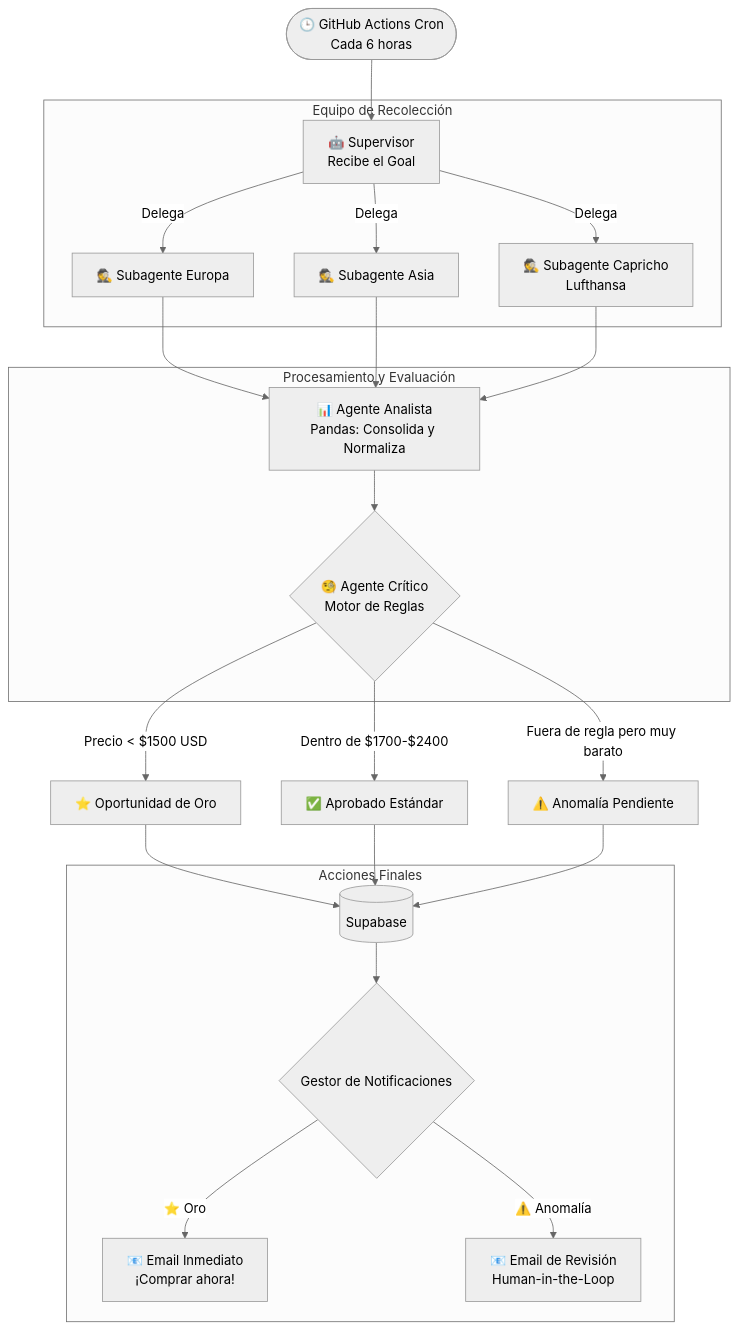
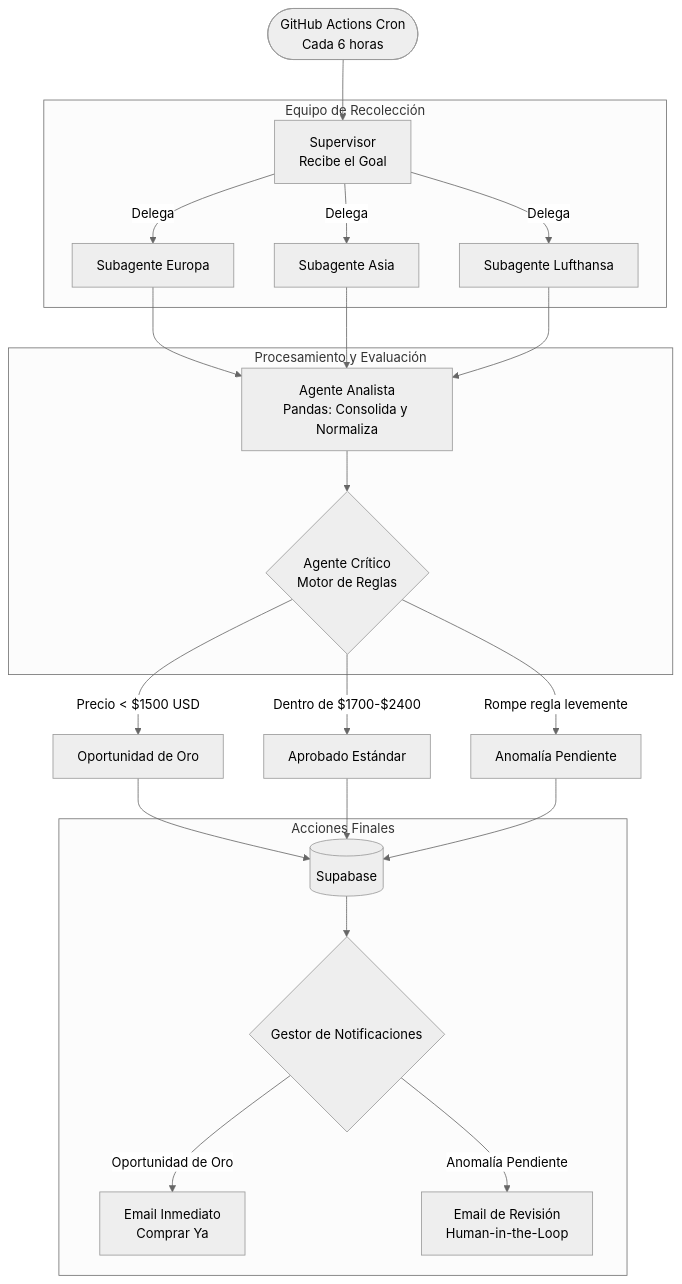
The diagram in README.md (Bomastulacio/FLY-HUNTER), drawn with Mermaid (neutral theme) before and after one commit. The commit also changed other lines of this file, not shown here.

````diff
--- a/README.md
+++ b/README.md
@@ -11,33 +19,33 @@
 ```mermaid
 graph TD
-    Trigger([🕒 GitHub Actions Cron<br>Cada 6 horas]) --> Sup
+    Trigger([GitHub Actions Cron<br>Cada 6 horas]) --> Sup
     
     subgraph Equipo de Recolección
-        Sup[🤖 Supervisor<br>Recibe el Goal] -->|Delega| AE[🕵️ Subagente Europa]
-        Sup -->|Delega| AA[🕵️ Subagente Asia]
-        Sup -->|Delega| AC[🕵️ Subagente Capricho<br>Lufthansa]
+        Sup[Supervisor<br>Recibe el Goal] -->|Delega| AE[Subagente Europa]
+        Sup -->|Delega| AA[Subagente Asia]
+        Sup -->|Delega| AC[Subagente Lufthansa]
     end
 
     AE --> Analista
     AA --> Analista
     AC --> Analista
 
     subgraph Procesamiento y Evaluación
-        Analista[📊 Agente Analista<br>Pandas: Consolida y Normaliza] --> Critico
-        Critico{🧐 Agente Crítico<br>Motor de Reglas}
+        Analista[Agente Analista<br>Pandas: Consolida y Normaliza] --> Critico
+        Critico{Agente Crítico<br>Motor de Reglas}
     end
 
-    Critico -->|Precio < $1500 USD| Oro[⭐ Oportunidad de Oro]
-    Critico -->|Dentro de $1700-$2400| OK[✅ Aprobado Estándar]
-    Critico -->|Fuera de regla pero muy barato| Anomalia[⚠️ Anomalía Pendiente]
+    Critico -->|Precio < $1500 USD| Oro[Oportunidad de Oro]
+    Critico -->|Dentro de $1700-$2400| OK[Aprobado Estándar]
+    Critico -->|Rompe regla levemente| Anomalia[Anomalía Pendiente]
 
     Oro --> DB[(Supabase)]
     OK --> DB
     Anomalia --> DB
 
     subgraph Acciones Finales
         DB --> Notif{Gestor de Notificaciones}
-        Notif -->|⭐ Oro| Email1[📧 Email Inmediato<br>¡Comprar ahora!]
-        Notif -->|⚠️ Anomalía| Email2[📧 Email de Revisión<br>Human-in-the-Loop]
+        Notif -->|Oportunidad de Oro| Email1[Email Inmediato<br>Comprar Ya]
+        Notif -->|Anomalía Pendiente| Email2[Email de Revisión<br>Human-in-the-Loop]
     end
 ```
````
